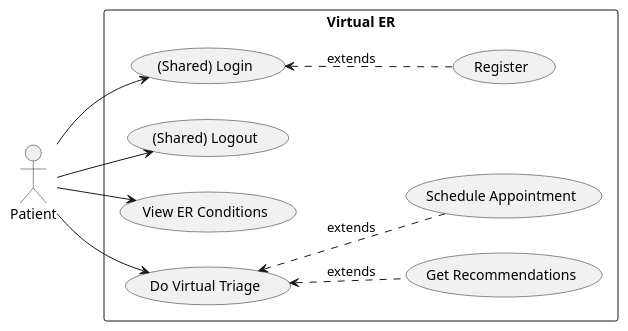
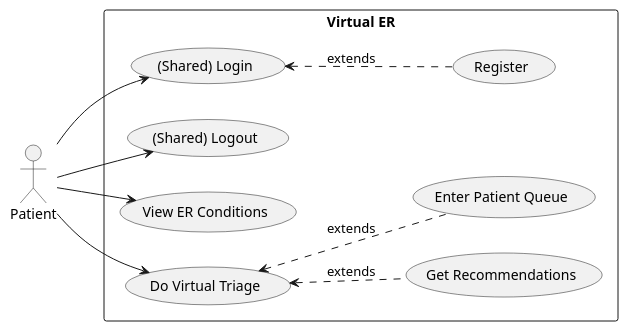
Before and after one commit to SENG-350-2024-fall/Group2: the diagram in milestone_1/use_case_diagrams/patient/src.puml, drawn with PlantUML.

Commit message:
update wording for patient use cases

```diff
--- a/milestone_1/use_case_diagrams/patient/src.puml
+++ b/milestone_1/use_case_diagrams/patient/src.puml
@@ -1,20 +1,20 @@
 @startuml plantuml
 left to right direction
 :Patient: as p
 rectangle "Virtual ER" {
   usecase "(Shared) Login" as login
   (Register) as reg
   usecase "(Shared) Logout" as logout
   (View ER Conditions) as view_er
   (Do Virtual Triage) as triage
   (Get Recommendations) as get_rec
-  (Schedule Appointment) as schedule
+  (Enter Patient Queue) as queue
 }
 p --> login
 p --> logout
 p --> view_er
 p --> triage
 login <.. reg : extends
 triage <.. get_rec: extends
-triage <.. schedule : extends
+triage <.. queue : extends
 @enduml
```
